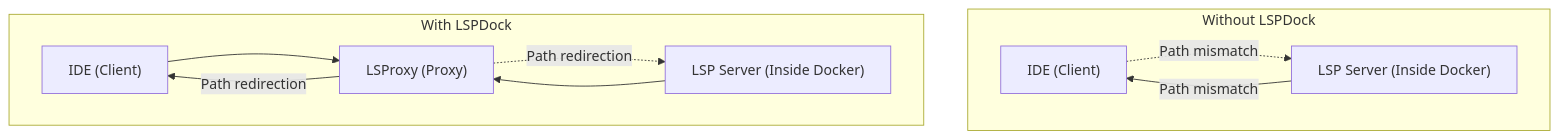
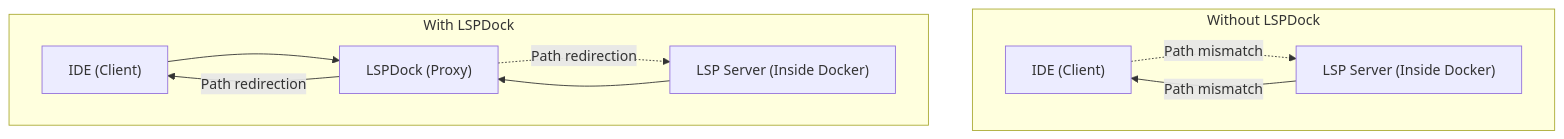
One commit to richardhapb/lspdock changed the diagram in README.md. Above: the diagram before and after it, drawn with Mermaid. The commit also changed other lines of this file and 5 other files, not shown here.

````diff
--- a/README.md
+++ b/README.md
@@ -5,14 +5,14 @@
 ```mermaid
 flowchart TD
     subgraph Without LSPDock
         IDE -.->|Path mismatch| LSP
         LSP["LSP Server (Inside Docker)"] -->|Path mismatch| IDE["IDE (Client)"]
     end
 
     subgraph With LSPDock
-        IDE2["IDE (Client)"] --> LSPDock["LSProxy (Proxy)"]
-        LSPDock["LSProxy (Proxy)"] -->|Path redirection| IDE2["IDE (Client)"]
+        IDE2["IDE (Client)"] --> LSPDock["LSPDock (Proxy)"]
+        LSPDock["LSPDock (Proxy)"] -->|Path redirection| IDE2["IDE (Client)"]
         LSP2["LSP Server (Inside Docker)"] --> LSPDock
         LSPDock -.->|Path redirection| LSP2
     end
 ```
````
